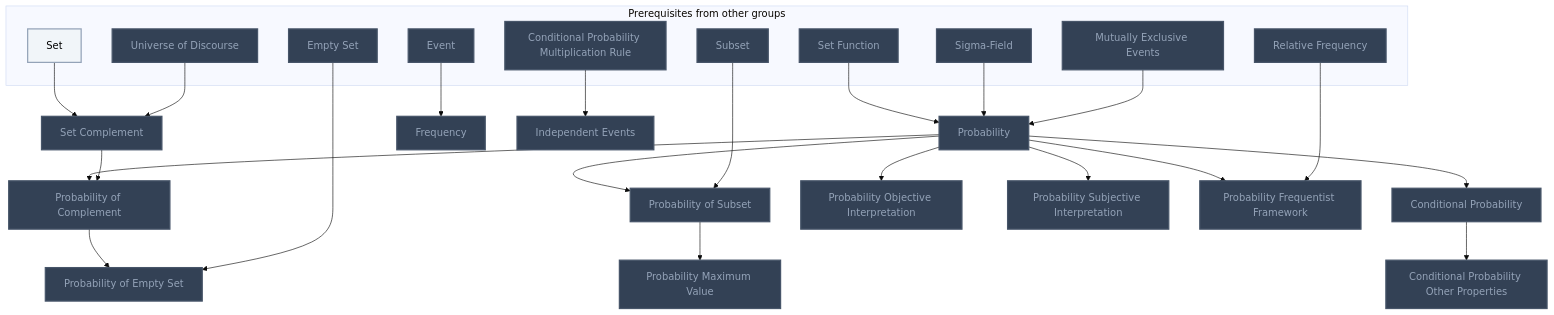
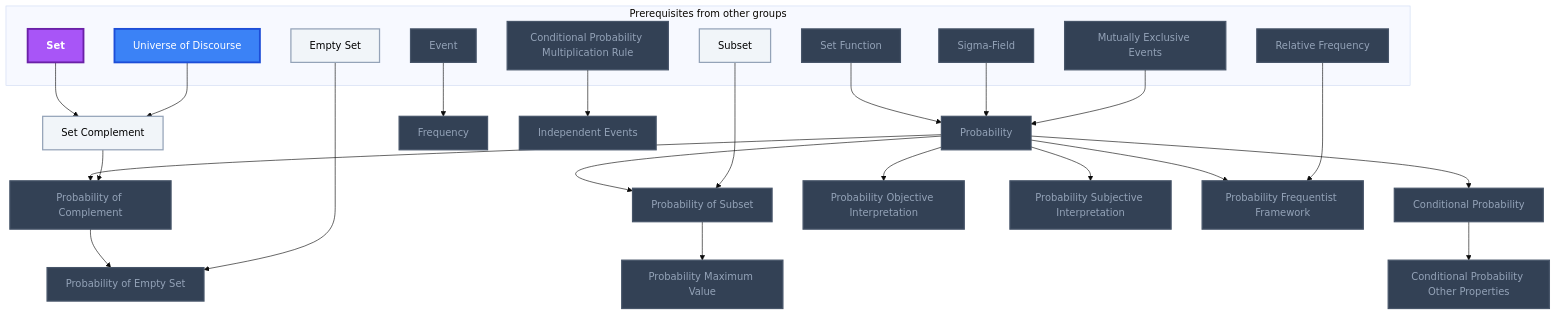
The first of 4 diagrams in Gamification/Skill Trees/Introduction to Statistics.md (MRauf1/My-Notes), drawn with Mermaid (base theme) before and after one commit. The commit also changed other lines of this file and 156 other files, not shown here.

````diff
--- a/Gamification/Skill Trees/Introduction to Statistics.md
+++ b/Gamification/Skill Trees/Introduction to Statistics.md
@@ -14,60 +14,62 @@
 ```mermaid
 flowchart TD
     classDef planned fill:#1E293B,stroke:#64748B,stroke-width:2px,stroke-dasharray:5 5,color:#94A3B8;
     classDef locked fill:#334155,stroke:#475569,stroke-width:2px,color:#94A3B8;
     classDef L0 fill:#F1F5F9,stroke:#94A3B8,stroke-width:2px,color:#000000;
     classDef L1 fill:#22C55E,stroke:#15803D,stroke-width:2px,color:#000000;
     classDef L2 fill:#3B82F6,stroke:#1D4ED8,stroke-width:3px,color:#FFFFFF;
     classDef L3 fill:#A855F7,stroke:#6B21A8,stroke-width:3px,color:#FFFFFF,font-weight:bold;
     classDef L4 fill:#F97316,stroke:#C2410C,stroke-width:4px,color:#000000,font-weight:bold;
     classDef L5 fill:#FFD700,stroke:#FF8C00,stroke-width:5px,color:#000000,font-weight:bold;
     classDef rusty stroke:#8B4513,stroke-width:4px,stroke-dasharray:3 3;
     subgraph sg_prereqs["Prerequisites from other groups"]
         n_set["Set"]
         n_universe_of_discourse["Universe of Discourse"]
         n_set_function["Set Function"]
         n_sigma_field["Sigma-Field"]
         n_mutually_exclusive_events["Mutually Exclusive Events"]
         n_event["Event"]
         n_empty_set["Empty Set"]
         n_subset["Subset"]
         n_conditional_probability_multiplication_rule["Conditional Probability Multiplication Rule"]
         n_relative_frequency["Relative Frequency"]
     end
     n_set_complement["Set Complement"]
     n_probability["Probability"]
     n_frequency["Frequency"]
     n_probability_of_complement["Probability of Complement"]
     n_probability_of_empty_set["Probability of Empty Set"]
     n_probability_of_subset["Probability of Subset"]
     n_probability_maximum_value["Probability Maximum Value"]
     n_conditional_probability["Conditional Probability"]
     n_conditional_probability_other_properties["Conditional Probability Other Properties"]
     n_independent_events["Independent Events"]
     n_probability_objective_interpretation["Probability Objective Interpretation"]
     n_probability_subjective_interpretation["Probability Subjective Interpretation"]
     n_probability_frequentist_framework["Probability Frequentist Framework"]
     n_set --> n_set_complement
     n_universe_of_discourse --> n_set_complement
     n_set_function --> n_probability
     n_sigma_field --> n_probability
     n_mutually_exclusive_events --> n_probability
     n_event --> n_frequency
     n_probability --> n_probability_of_complement
     n_set_complement --> n_probability_of_complement
     n_probability_of_complement --> n_probability_of_empty_set
     n_empty_set --> n_probability_of_empty_set
     n_probability --> n_probability_of_subset
     n_subset --> n_probability_of_subset
     n_probability_of_subset --> n_probability_maximum_value
     n_probability --> n_conditional_probability
     n_conditional_probability --> n_conditional_probability_other_properties
     n_conditional_probability_multiplication_rule --> n_independent_events
     n_probability --> n_probability_objective_interpretation
     n_probability --> n_probability_subjective_interpretation
     n_probability --> n_probability_frequentist_framework
     n_relative_frequency --> n_probability_frequentist_framework
-    class n_universe_of_discourse,n_set_function,n_sigma_field,n_mutually_exclusive_events,n_event,n_empty_set,n_subset,n_conditional_probability_multiplication_rule,n_relative_frequency,n_set_complement,n_probability,n_frequency,n_probability_of_complement,n_probability_of_empty_set,n_probability_of_subset,n_probability_maximum_value,n_conditional_probability,n_conditional_probability_other_properties,n_independent_events,n_probability_objective_interpretation,n_probability_subjective_interpretation,n_probability_frequentist_framework locked;
-    class n_set L0;
+    class n_set_function,n_sigma_field,n_mutually_exclusive_events,n_event,n_conditional_probability_multiplication_rule,n_relative_frequency,n_probability,n_frequency,n_probability_of_complement,n_probability_of_empty_set,n_probability_of_subset,n_probability_maximum_value,n_conditional_probability,n_conditional_probability_other_properties,n_independent_events,n_probability_objective_interpretation,n_probability_subjective_interpretation,n_probability_frequentist_framework locked;
+    class n_empty_set,n_subset,n_set_complement L0;
+    class n_universe_of_discourse L2;
+    class n_set L3;
     class n_set,n_universe_of_discourse,n_set_function,n_sigma_field,n_mutually_exclusive_events,n_event,n_empty_set,n_subset,n_conditional_probability_multiplication_rule,n_relative_frequency,n_set_complement,n_probability,n_frequency,n_probability_of_complement,n_probability_of_empty_set,n_probability_of_subset,n_probability_maximum_value,n_conditional_probability,n_conditional_probability_other_properties,n_independent_events,n_probability_objective_interpretation,n_probability_subjective_interpretation,n_probability_frequentist_framework internal-link;
 ```
````
